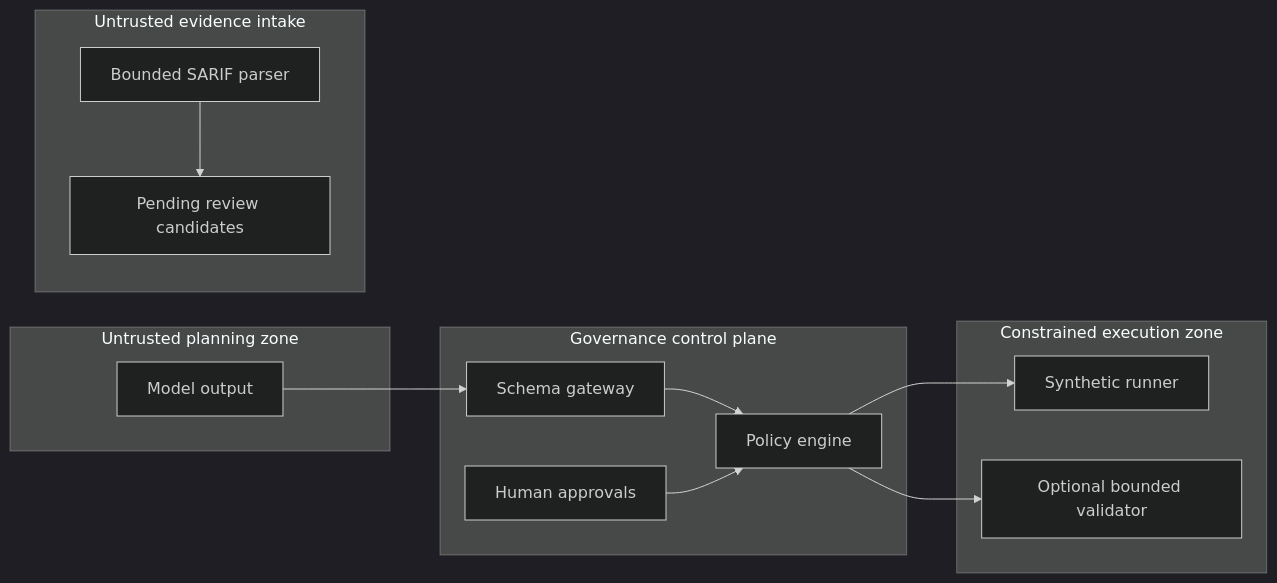
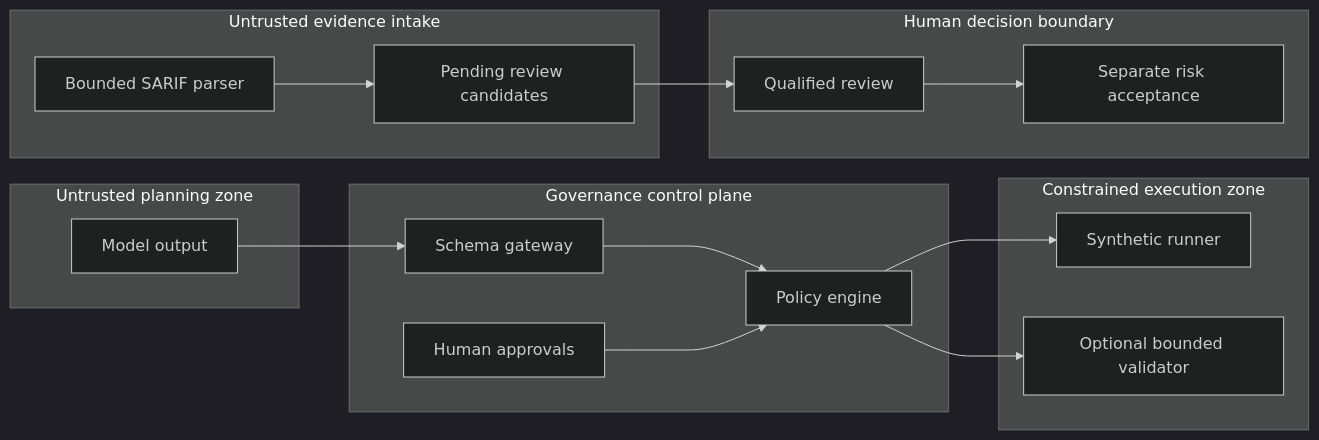
One commit to bilgekayali/finredops changed the first of 2 diagrams in docs/ARCHITECTURE.md. Above: the diagram before and after it, drawn with Mermaid (dark theme). The commit also changed other lines of this file and 19 other files, not shown here.

First line of the commit message:
feat: add qualified finding review workflow

````diff
--- a/docs/ARCHITECTURE.md
+++ b/docs/ARCHITECTURE.md
@@ -55,20 +62,24 @@
 ```mermaid
 flowchart LR
     subgraph U["Untrusted planning zone"]
       A["Model output"]
     end
     subgraph C["Governance control plane"]
       B["Schema gateway"] --> P["Policy engine"]
       R["Human approvals"] --> P
     end
     subgraph S["Constrained execution zone"]
       X["Synthetic runner"]
       V["Optional bounded validator"]
     end
     subgraph I["Untrusted evidence intake"]
       F["Bounded SARIF parser"] --> Q["Pending review candidates"]
     end
+    subgraph H["Human decision boundary"]
+      QR["Qualified review"] --> RA["Separate risk acceptance"]
+    end
     A --> B
     P --> X
     P --> V
+    Q --> QR
 ```
````
